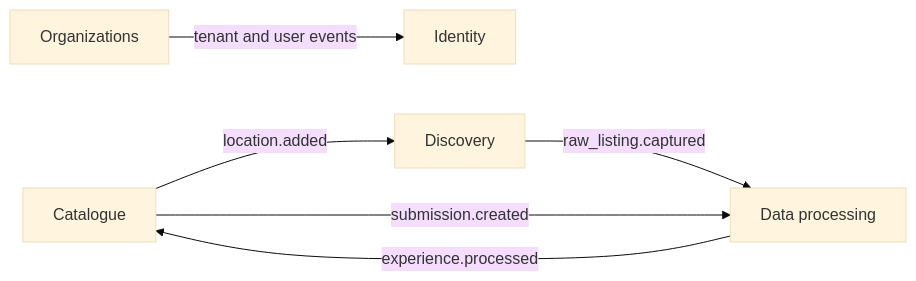
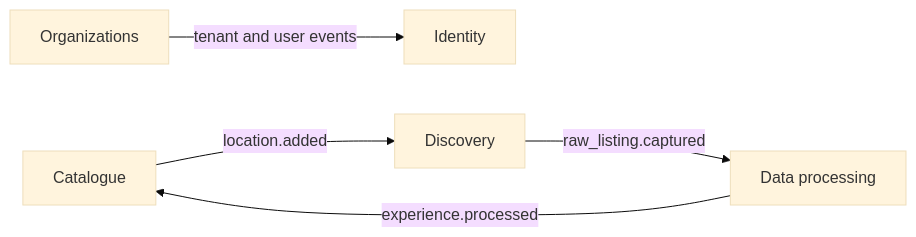
Before and after one commit to mdwt/magic-events: the diagram in docs/data-model.md, drawn with Mermaid (base theme). The commit also changed other lines of this file and 2 other files, not shown here.

````diff
--- a/docs/data-model.md
+++ b/docs/data-model.md
@@ -22,8 +22,7 @@
 ```mermaid
 flowchart LR
   ORG[Organizations] -- tenant and user events --> ID[Identity]
   CAT[Catalogue] -- location.added --> DIS[Discovery]
   DIS -- raw_listing.captured --> DP[Data processing]
-  CAT -- submission.created --> DP
   DP -- experience.processed --> CAT
 ```
````
